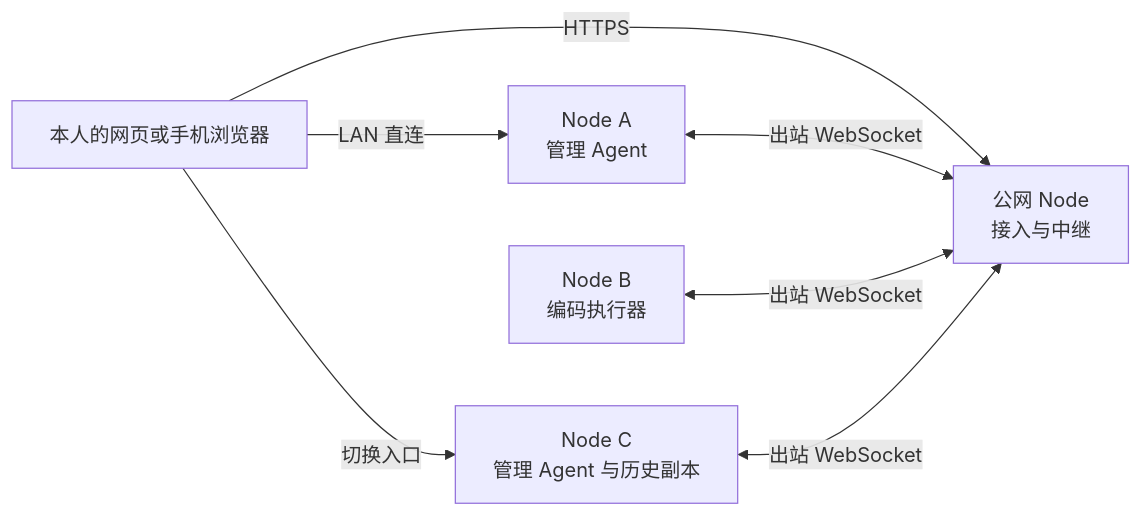
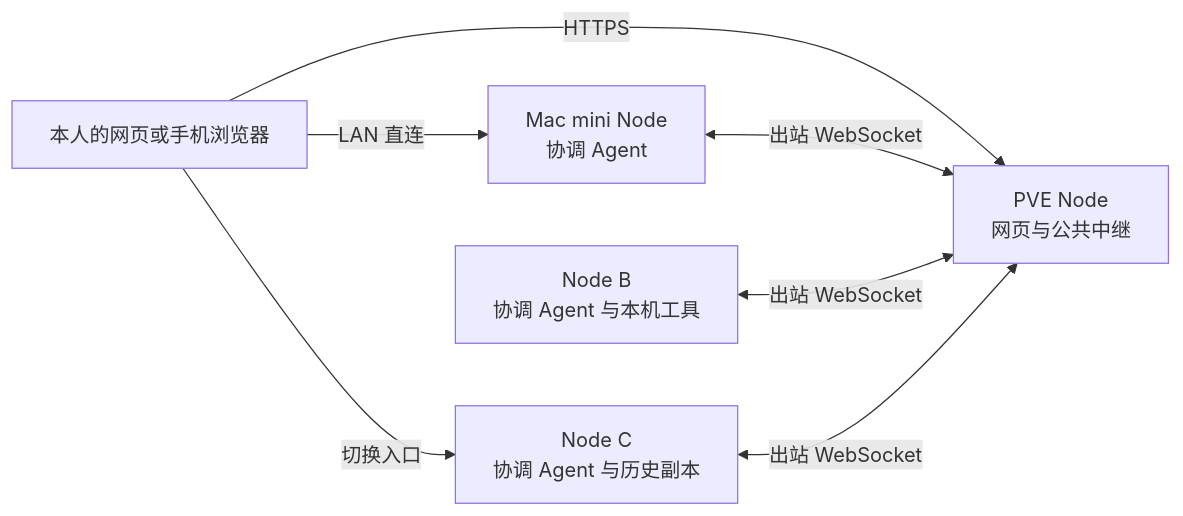
Before and after one commit to leaperone/vibeface: the diagram in README.md, drawn with Mermaid. The commit also changed other lines of this file and 93 other files, not shown here.

````diff
--- a/README.md
+++ b/README.md
@@ -5,14 +5,14 @@
 ```mermaid
 flowchart LR
     U[本人的网页或手机浏览器]
-    G[公网 Node<br>接入与中继]
-    A[Node A<br>管理 Agent]
-    B[Node B<br>编码执行器]
-    C[Node C<br>管理 Agent 与历史副本]
+    G[PVE Node<br>网页与公共中继]
+    A[Mac mini Node<br>协调 Agent]
+    B[Node B<br>协调 Agent 与本机工具]
+    C[Node C<br>协调 Agent 与历史副本]
     U -->|HTTPS| G
     U -->|LAN 直连| A
     U -->|切换入口| C
     A <-->|出站 WebSocket| G
     B <-->|出站 WebSocket| G
     C <-->|出站 WebSocket| G
 ```
````
